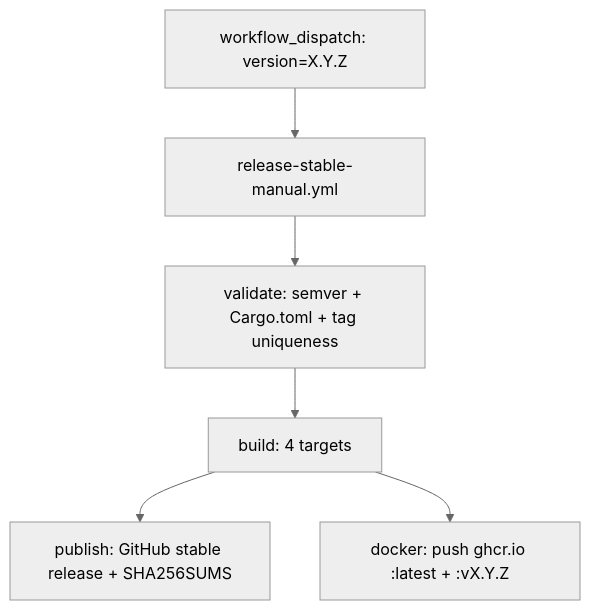
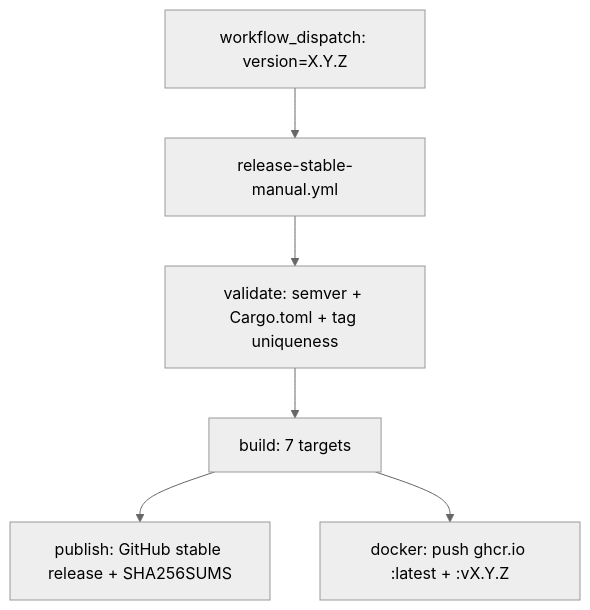
Before and after one commit to Sakthisabariesh/personal_bot: the third of 3 diagrams in .github/workflows/master-branch-flow.md, drawn with Mermaid (neutral theme). The commit also changed other lines of this file and 2 other files, not shown here.

````diff
--- a/.github/workflows/master-branch-flow.md
+++ b/.github/workflows/master-branch-flow.md
@@ -116,8 +119,8 @@
 ```mermaid
 flowchart TD
   A["workflow_dispatch: version=X.Y.Z"] --> B["release-stable-manual.yml"]
   B --> B1["validate: semver + Cargo.toml + tag uniqueness"]
-  B1 --> B2["build: 4 targets"]
+  B1 --> B2["build: 7 targets"]
   B2 --> B3["publish: GitHub stable release + SHA256SUMS"]
   B2 --> B4["docker: push ghcr.io :latest + :vX.Y.Z"]
 ```
````
